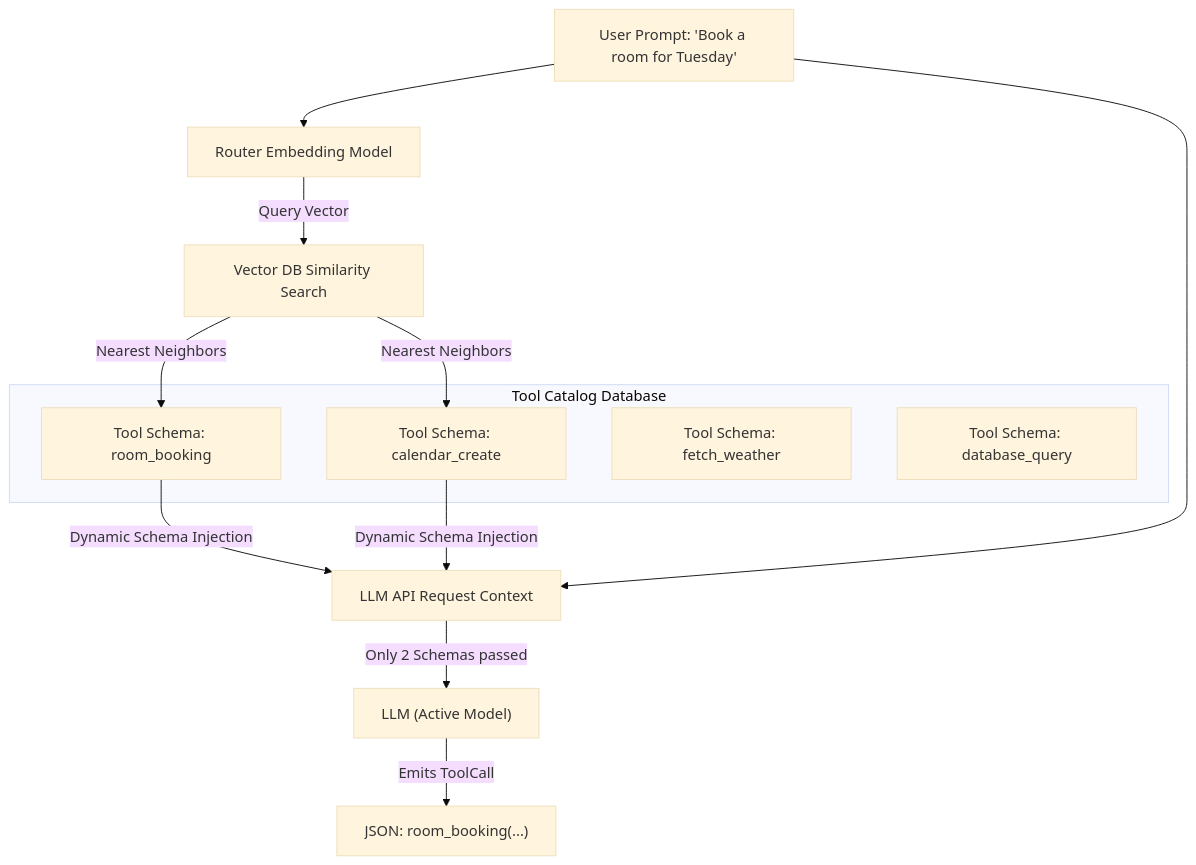
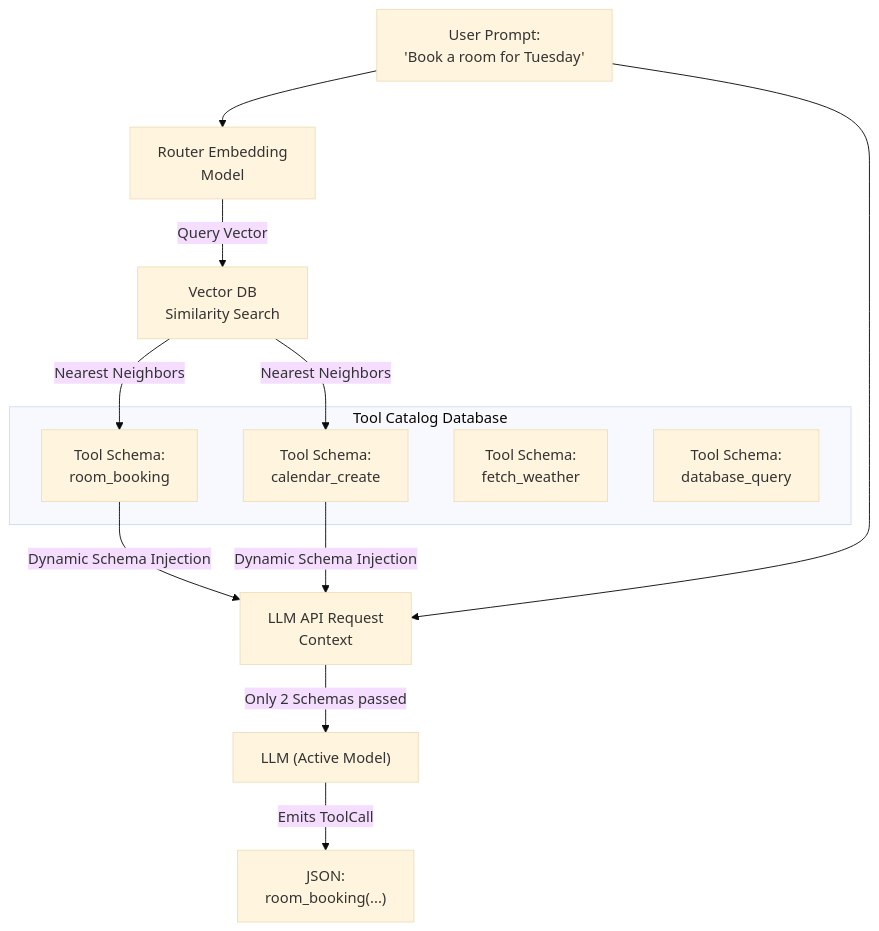
Before and after one commit to murugadossp/llm-concepts: the diagram in apps/web/src/content/chapters/05-3-routing.mdx, drawn with Mermaid (base theme). The commit also changed 9 other files, not shown here.

Commit message:
style: fix mermaid text clipping with br tags and implement adaptive light/dark mode css overrides

````diff
--- a/apps/web/src/content/chapters/05-3-routing.mdx
+++ b/apps/web/src/content/chapters/05-3-routing.mdx
@@ -47,18 +47,18 @@
 ```mermaid
 graph TD
-  Prompt["User Prompt: 'Book a room for Tuesday'"] --> Embed["Router Embedding Model"]
-  Embed -->|Query Vector| Search["Vector DB Similarity Search"]
+  Prompt["User Prompt:<br/>'Book a room for Tuesday'"] --> Embed["Router Embedding<br/>Model"]
+  Embed -->|Query Vector| Search["Vector DB<br/>Similarity Search"]
   
   subgraph Tool Catalog Database
-    T1["Tool Schema: room_booking"]
-    T2["Tool Schema: calendar_create"]
-    T3["Tool Schema: fetch_weather"]
-    T4["Tool Schema: database_query"]
+    T1["Tool Schema:<br/>room_booking"]
+    T2["Tool Schema:<br/>calendar_create"]
+    T3["Tool Schema:<br/>fetch_weather"]
+    T4["Tool Schema:<br/>database_query"]
   end
 
   Search -->|Nearest Neighbors| T1 & T2
-  T1 & T2 -->|Dynamic Schema Injection| APIRequest["LLM API Request Context"]
+  T1 & T2 -->|Dynamic Schema Injection| APIRequest["LLM API Request<br/>Context"]
   Prompt --> APIRequest
   APIRequest -->|Only 2 Schemas passed| LLM["LLM (Active Model)"]
-  LLM -->|Emits ToolCall| Execute["JSON: room_booking(...)"]
+  LLM -->|Emits ToolCall| Execute["JSON:<br/>room_booking(...)"]
 ```
````
